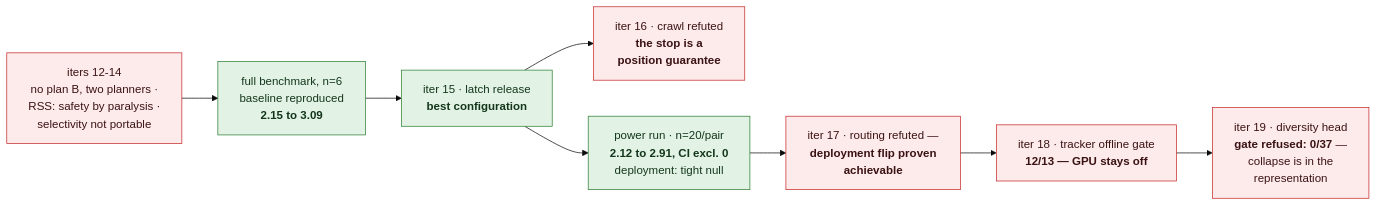
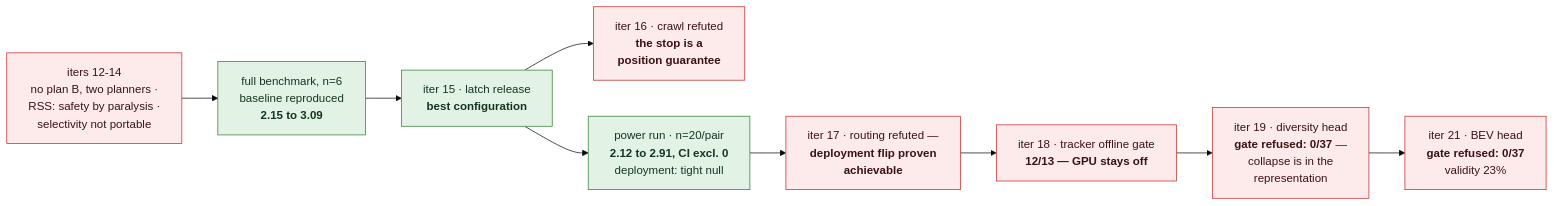
The second of 4 diagrams in README.md (manfromnowhere143/sentinel), drawn with Mermaid (base theme) before and after one commit. The commit also changed other lines of this file and 6 other files, not shown here.

Commit message:
iter21: publish BEV diversity head null

````diff
--- a/README.md
+++ b/README.md
@@ -105,16 +105,17 @@
 ```mermaid
 flowchart LR
   N12["iters 12-14<br/>no plan B, two planners ·<br/>RSS: safety by paralysis ·<br/>selectivity not portable"] --> F14["full benchmark, n=6<br/>baseline reproduced<br/><b>2.15 to 3.09</b>"]
   F14 --> R15["iter 15 · latch release<br/><b>best configuration</b>"]
   R15 --> X16["iter 16 · crawl refuted<br/><b>the stop is a<br/>position guarantee</b>"]
   R15 --> P20["power run · n=20/pair<br/><b>2.12 to 2.91, CI excl. 0</b><br/>deployment: tight null"]
   P20 --> X17["iter 17 · routing refuted —<br/><b>deployment flip proven<br/>achievable</b>"]
   X17 --> X18["iter 18 · tracker offline gate<br/><b>12/13 — GPU stays off</b>"]
   X18 --> H19["iter 19 · diversity head<br/><b>gate refused: 0/37</b> —<br/>collapse is in the<br/>representation"]
+  H19 --> H21["iter 21 · BEV head<br/><b>gate refused: 0/37</b><br/>validity 23%"]
   classDef win fill:#e2f3e5,stroke:#2e7d32,color:#13361b;
   classDef bad fill:#fdebec,stroke:#c62828,color:#3b1213;
   classDef next fill:#f6f8fa,stroke:#57606a,color:#1f2328;
   class F14,R15,P20 win;
   class N12,X16,X17,X18 bad;
-  class H19 bad;
+  class H19,H21 bad;
 ```
````
